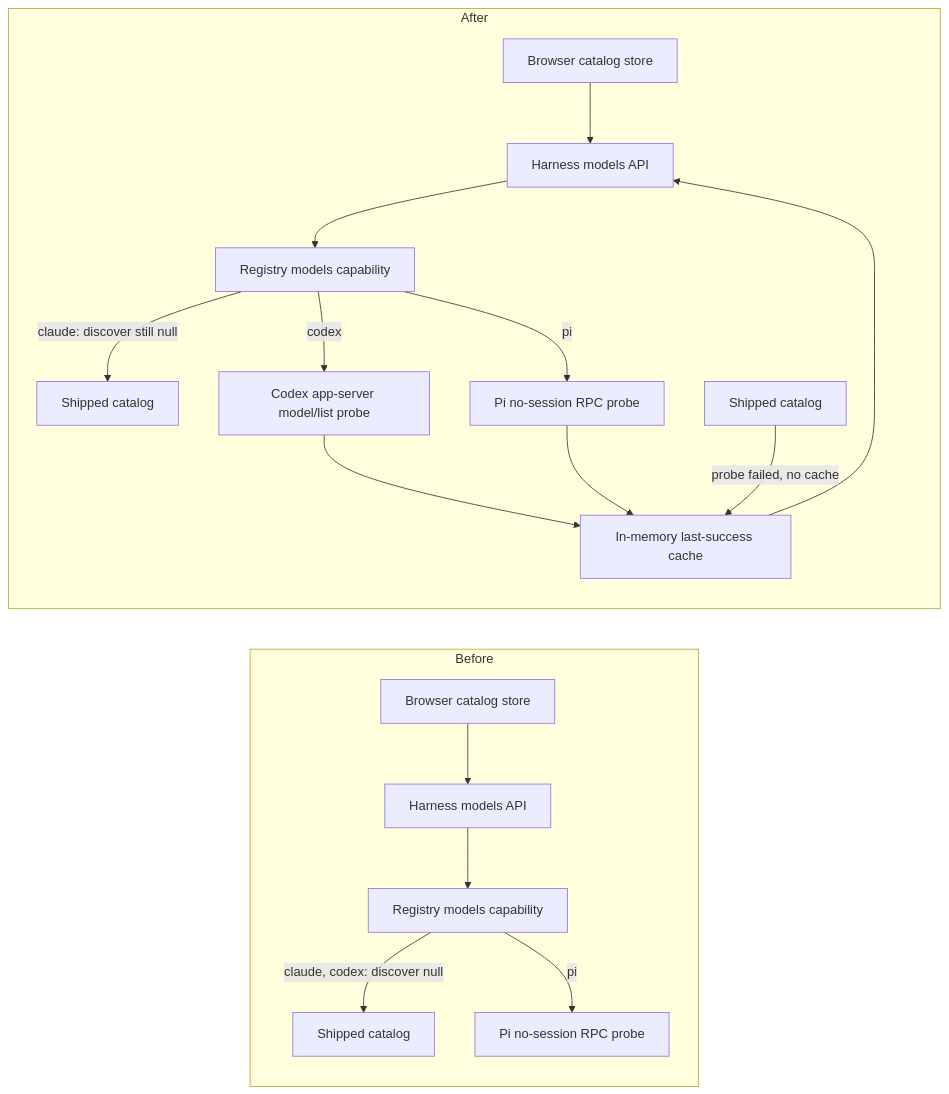
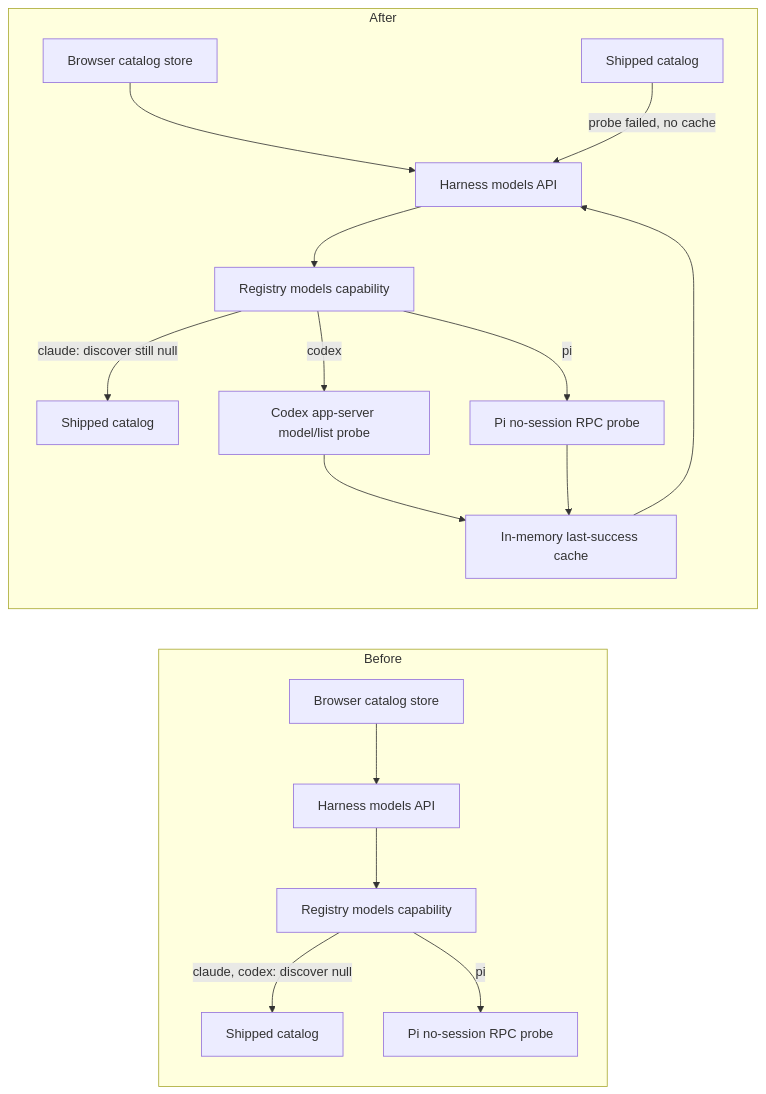
One commit to teamupstart/mission-control changed the diagram in docs/plans/claude-codex-live-model-catalog/plan.md. Above: the diagram before and after it, drawn with Mermaid. The commit also changed 3 other files, not shown here.

````diff
--- a/docs/plans/claude-codex-live-model-catalog/plan.md
+++ b/docs/plans/claude-codex-live-model-catalog/plan.md
@@ -99,20 +99,20 @@
 ```mermaid
 flowchart LR
   subgraph Before
     B1[Browser catalog store] --> B2[Harness models API]
     B2 --> B3[Registry models capability]
     B3 -->|claude, codex: discover null| B4[Shipped catalog]
     B3 -->|pi| B5[Pi no-session RPC probe]
   end
   subgraph After
     A1[Browser catalog store] --> A2[Harness models API]
     A2 --> A3[Registry models capability]
     A3 -->|claude: discover still null| A4[Shipped catalog]
     A3 -->|codex| A5[Codex app-server model/list probe]
     A3 -->|pi| A6[Pi no-session RPC probe]
     A5 --> A7[In-memory last-success cache]
     A6 --> A7
-    A8[Shipped catalog] -->|probe failed, no cache| A7
     A7 --> A2
+    A8[Shipped catalog] -->|probe failed, no cache| A2
   end
 ```
````
